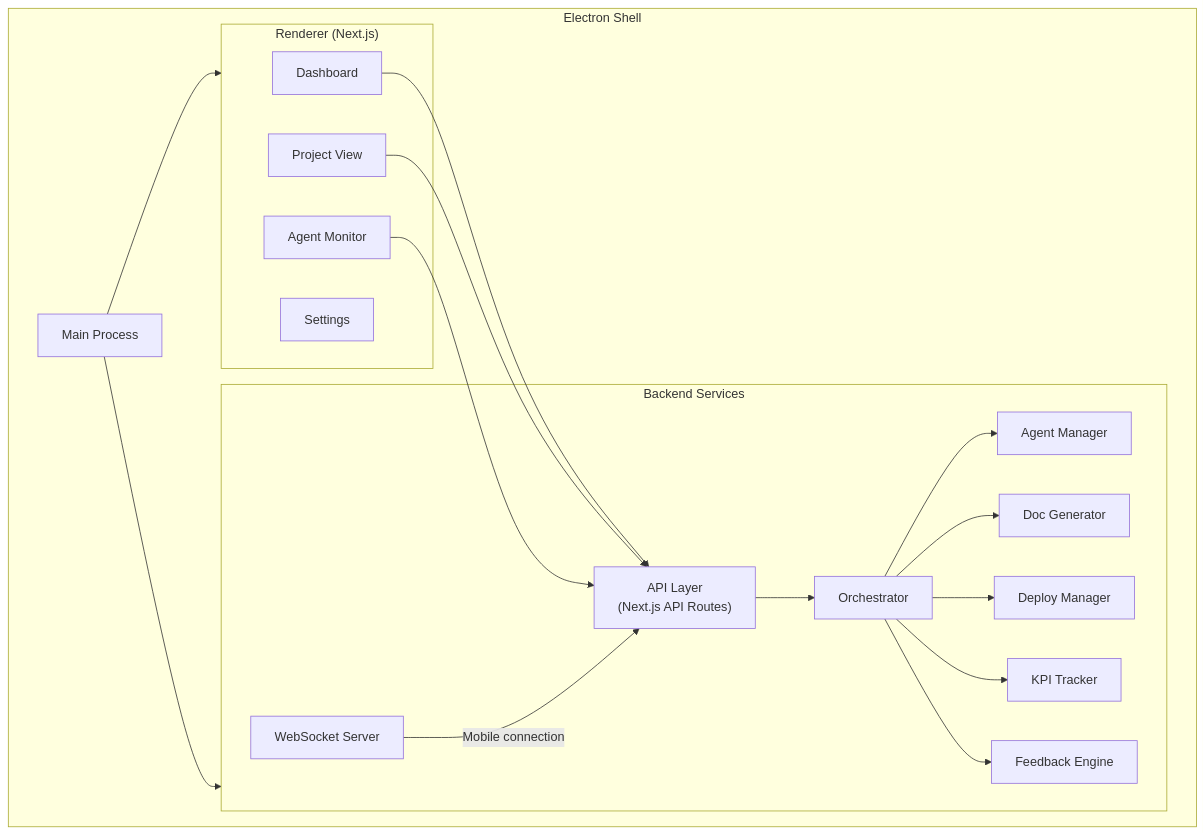
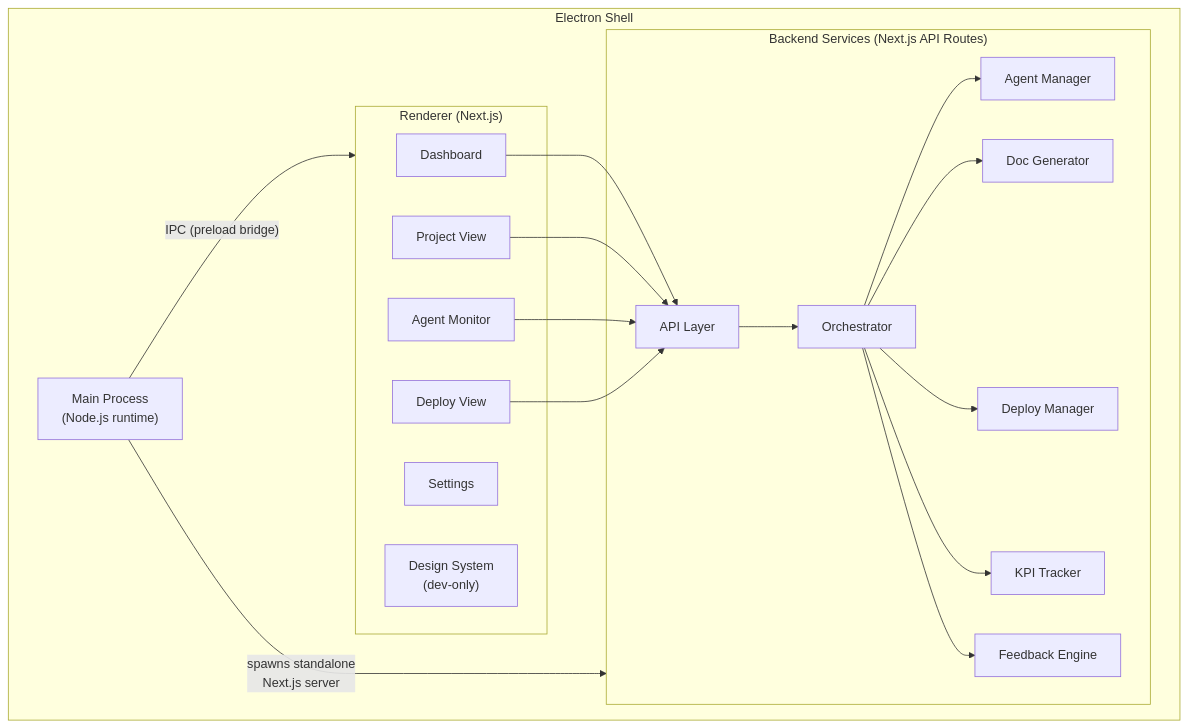
Before and after one commit to operator-auteng-ai/hq: the second of 4 diagrams in docs/ARCH.md, drawn with Mermaid. The commit also changed other lines of this file and 3 other files, not shown here.

````diff
--- a/docs/ARCH.md
+++ b/docs/ARCH.md
@@ -35,35 +40,36 @@
 ```mermaid
 graph TB
     subgraph Electron["Electron Shell"]
-        Main["Main Process"]
+        Main["Main Process<br/>(Node.js runtime)"]
         subgraph Renderer["Renderer (Next.js)"]
             Dashboard["Dashboard"]
             ProjectView["Project View"]
             AgentMonitor["Agent Monitor"]
+            DeployView["Deploy View"]
             Settings["Settings"]
+            DesignSystem["Design System<br/>(dev-only)"]
         end
-        subgraph Backend["Backend Services"]
-            API["API Layer<br/>(Next.js API Routes)"]
+        subgraph Backend["Backend Services (Next.js API Routes)"]
+            API["API Layer"]
             Orchestrator["Orchestrator"]
             AgentManager["Agent Manager"]
             DocGenerator["Doc Generator"]
             DeployManager["Deploy Manager"]
             KPITracker["KPI Tracker"]
             FeedbackEngine["Feedback Engine"]
-            WSServer["WebSocket Server"]
         end
     end
 
-    Main --> Renderer
-    Main --> Backend
+    Main -->|"IPC (preload bridge)"| Renderer
+    Main -->|"spawns standalone<br/>Next.js server"| Backend
     Dashboard --> API
     ProjectView --> API
     AgentMonitor --> API
+    DeployView --> API
     API --> Orchestrator
     Orchestrator --> AgentManager
     Orchestrator --> DocGenerator
     Orchestrator --> DeployManager
     Orchestrator --> KPITracker
     Orchestrator --> FeedbackEngine
-    WSServer -->|"Mobile connection"| API
 ```
````
